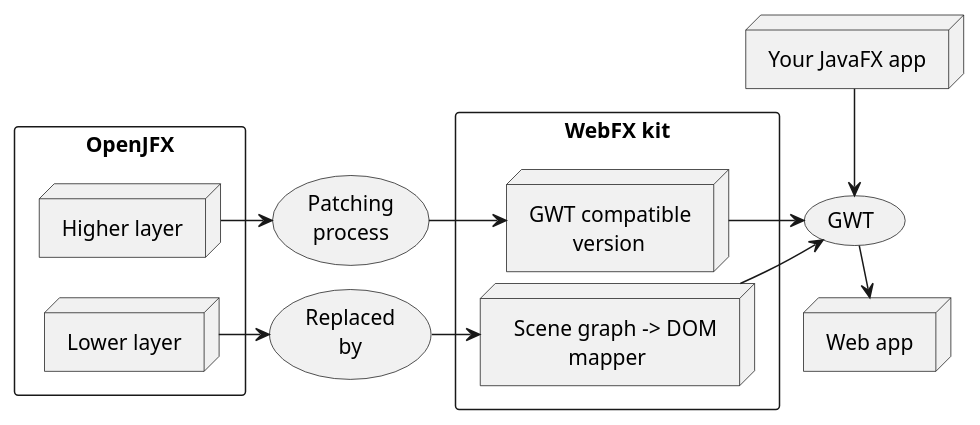
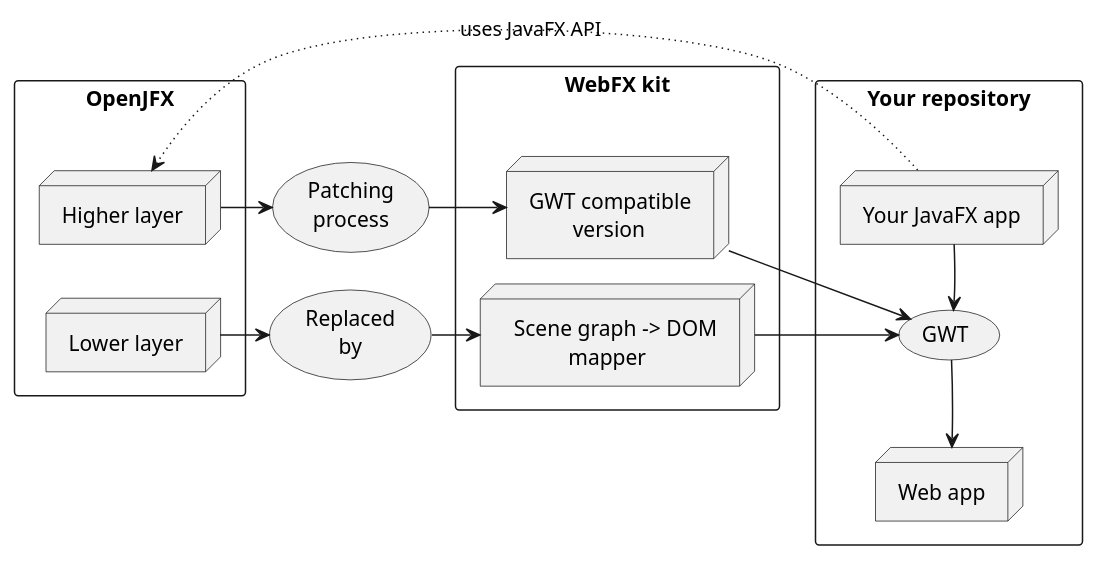
One commit to webfx-project/webfx-docs changed the first of 5 diagrams in src/main/asciidoc/WebFX.adoc. Above: the diagram before and after it, drawn with PlantUML. The commit also changed other lines of this file, not shown here.

Commit message:
Added some text and graphic in the introduction section.

```diff
--- a/src/main/asciidoc/WebFX.adoc
+++ b/src/main/asciidoc/WebFX.adoc
@@ -11,42 +11,45 @@
 [plantuml, format=svg, opts="inline"]
 ----
 skinparam ranksep 5
 skinparam nodesep 5
 
-node "Your JavaFX app" as app
-
 rectangle "OpenJFX" {
-node "Higher layer" as o1
-node "Lower layer" as o2
+    node "Higher layer" as o1
+    node "Lower layer" as o2
 }
 o1 --[hidden]> o2
 
 usecase "Patching\nprocess" as pp
 usecase "Replaced\nby" as rb
+pp --[hidden]> rb
 
 rectangle "WebFX kit" {
-node "GWT compatible\n        version" as w1
-node "  Scene graph -> DOM\n            mapper" as w2
+    node "GWT compatible\n        version" as w1
+    node "  Scene graph -> DOM\n            mapper" as w2
 }
 w1 --[hidden]> w2
 
-pp --[hidden]> rb
-
-usecase "GWT" as gwt
-
-node "Web app" as wa
-
+rectangle "Your repository" {
+    node "Your JavaFX app" as app
+    usecase "GWT" as gwt
+    node "Web app" as wa
+}
 
 o1 -r-> pp
 pp -r-> w1
 
 o2 -r-> rb
 rb -r-> w2
 
+app -[dotted]> o1: uses JavaFX API
+
 app -d-> gwt
 w1 -r-> gwt
 w2 -r-> gwt
 gwt -d-> wa
 
-gwt --[hidden]> w2
+' Adding more hidden arrows to force vartical alignment of elements in the "Your repository" rectangle
+app -[hidden]> gwt
+app -[hidden]> gwt
+gwt -[hidden]> wa
 ----
```
